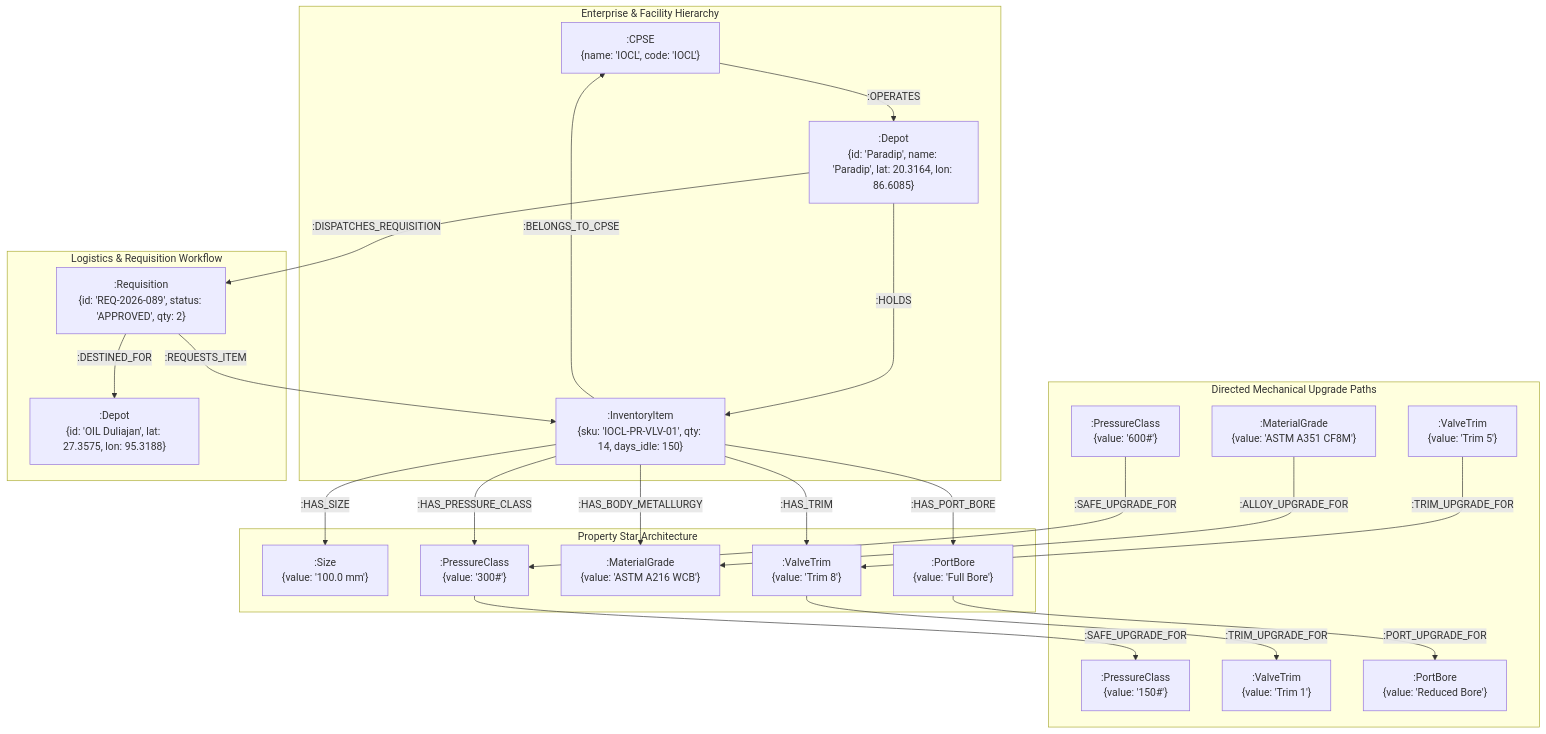
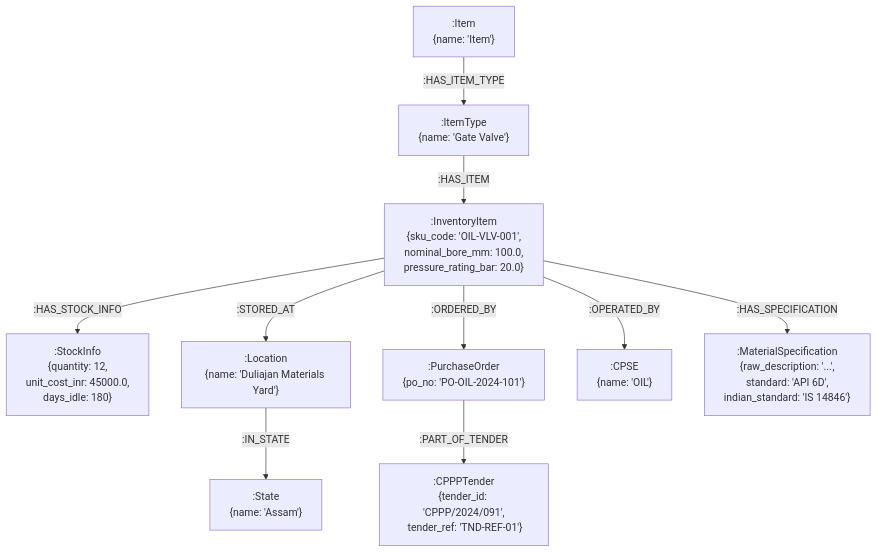
The diagram in graph/README.md (Gesicht436/Samanvay-AI), drawn with Mermaid before and after one commit. The commit also changed other lines of this file and 15 other files, not shown here.

````diff
--- a/graph/README.md
+++ b/graph/README.md
@@ -16,35 +68,13 @@
 ```mermaid
 flowchart TD
-    subgraph ENTERPRISE["Enterprise & Facility Hierarchy"]
-        C[":CPSE\n{name: 'IOCL', code: 'IOCL'}"] -->|":OPERATES"| D[":Depot\n{id: 'Paradip', name: 'Paradip', lat: 20.3164, lon: 86.6085}"]
-        D -->|":HOLDS"| I[":InventoryItem\n{sku: 'IOCL-PR-VLV-01', qty: 14, days_idle: 150}"]
-        I -->|":BELONGS_TO_CPSE"| C
-    end
-
-    subgraph STAR["Property Star Architecture"]
-        I -->|":HAS_SIZE"| S[":Size\n{value: '100.0 mm'}"]
-        I -->|":HAS_PRESSURE_CLASS"| PC1[":PressureClass\n{value: '300#'}"]
-        I -->|":HAS_BODY_METALLURGY"| MG1[":MaterialGrade\n{value: 'ASTM A216 WCB'}"]
-        I -->|":HAS_TRIM"| VT1[":ValveTrim\n{value: 'Trim 8'}"]
-        I -->|":HAS_PORT_BORE"| PB1[":PortBore\n{value: 'Full Bore'}"]
-    end
-
-    subgraph COMPATIBILITY["Directed Mechanical Upgrade Paths"]
-        PC2[":PressureClass\n{value: '600#'}"] -->|":SAFE_UPGRADE_FOR"| PC1
-        PC1 -->|":SAFE_UPGRADE_FOR"| PC0[":PressureClass\n{value: '150#'}"]
-        
-        MG2[":MaterialGrade\n{value: 'ASTM A351 CF8M'}"] -->|":ALLOY_UPGRADE_FOR"| MG1
-        
-        VT2[":ValveTrim\n{value: 'Trim 5'}"] -->|":TRIM_UPGRADE_FOR"| VT1
-        VT1 -->|":TRIM_UPGRADE_FOR"| VT0[":ValveTrim\n{value: 'Trim 1'}"]
-        
-        PB1 -->|":PORT_UPGRADE_FOR"| PB0[":PortBore\n{value: 'Reduced Bore'}"]
-    end
-
-    subgraph REQUISITION["Logistics & Requisition Workflow"]
-        REQ[":Requisition\n{id: 'REQ-2026-089', status: 'APPROVED', qty: 2}"]
-        REQ -->|":REQUESTS_ITEM"| I
-        D -->|":DISPATCHES_REQUISITION"| REQ
-        REQ -->|":DESTINED_FOR"| D_TGT[":Depot\n{id: 'OIL Duliajan', lat: 27.3575, lon: 95.3188}"]
-    end
+    ROOT[":Item\n{name: 'Item'}"] -->|":HAS_ITEM_TYPE"| IT[":ItemType\n{name: 'Gate Valve'}"]
+    IT -->|":HAS_ITEM"| II[":InventoryItem\n{sku_code: 'OIL-VLV-001',\n nominal_bore_mm: 100.0,\n pressure_rating_bar: 20.0}"]
+    
+    II -->|":HAS_STOCK_INFO"| SI[":StockInfo\n{quantity: 12,\n unit_cost_inr: 45000.0,\n days_idle: 180}"]
+    II -->|":STORED_AT"| LOC[":Location\n{name: 'Duliajan Materials Yard'}"]
+    LOC -->|":IN_STATE"| ST[":State\n{name: 'Assam'}"]
+    II -->|":ORDERED_BY"| PO[":PurchaseOrder\n{po_no: 'PO-OIL-2024-101'}"]
+    PO -->|":PART_OF_TENDER"| TND[":CPPPTender\n{tender_id: 'CPPP/2024/091',\n tender_ref: 'TND-REF-01'}"]
+    II -->|":OPERATED_BY"| CPSE[":CPSE\n{name: 'OIL'}"]
+    II -->|":HAS_SPECIFICATION"| SPEC[":MaterialSpecification\n{raw_description: '...',\n standard: 'API 6D',\n indian_standard: 'IS 14846'}"]
 ```
````
